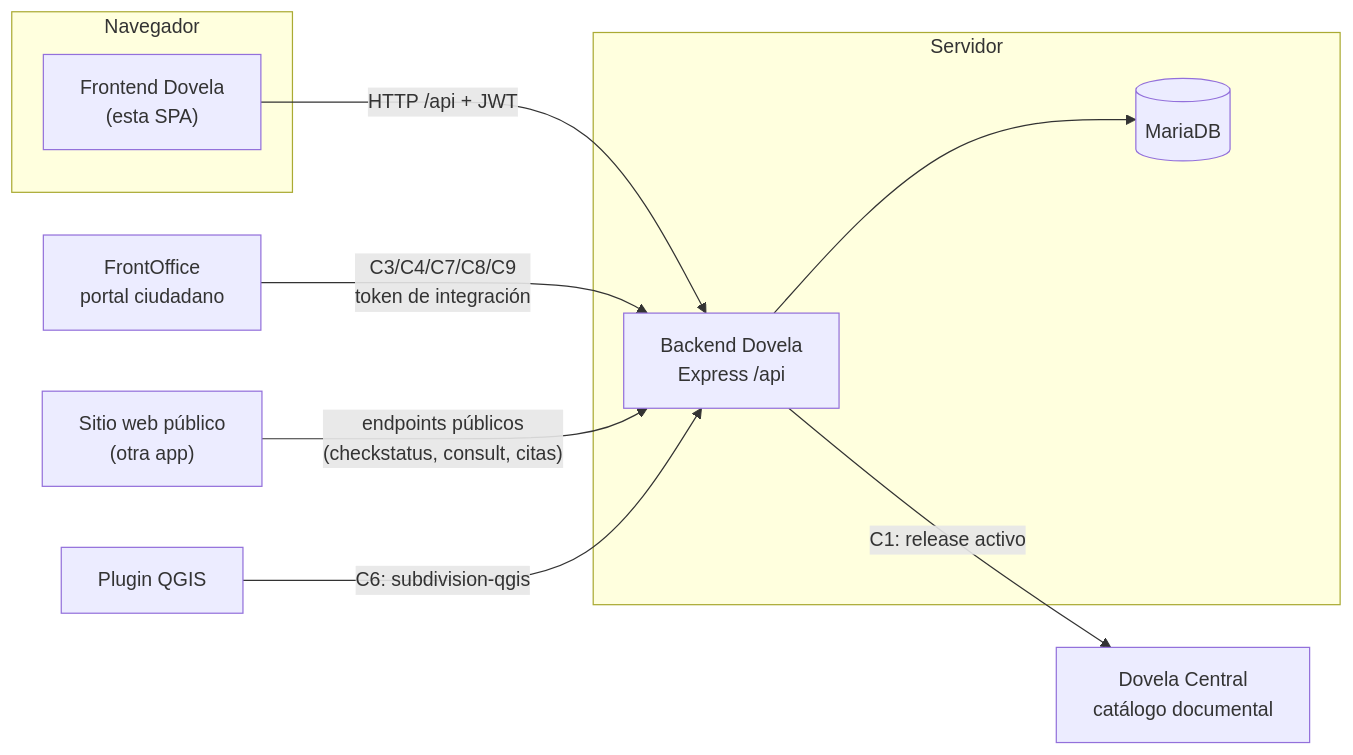
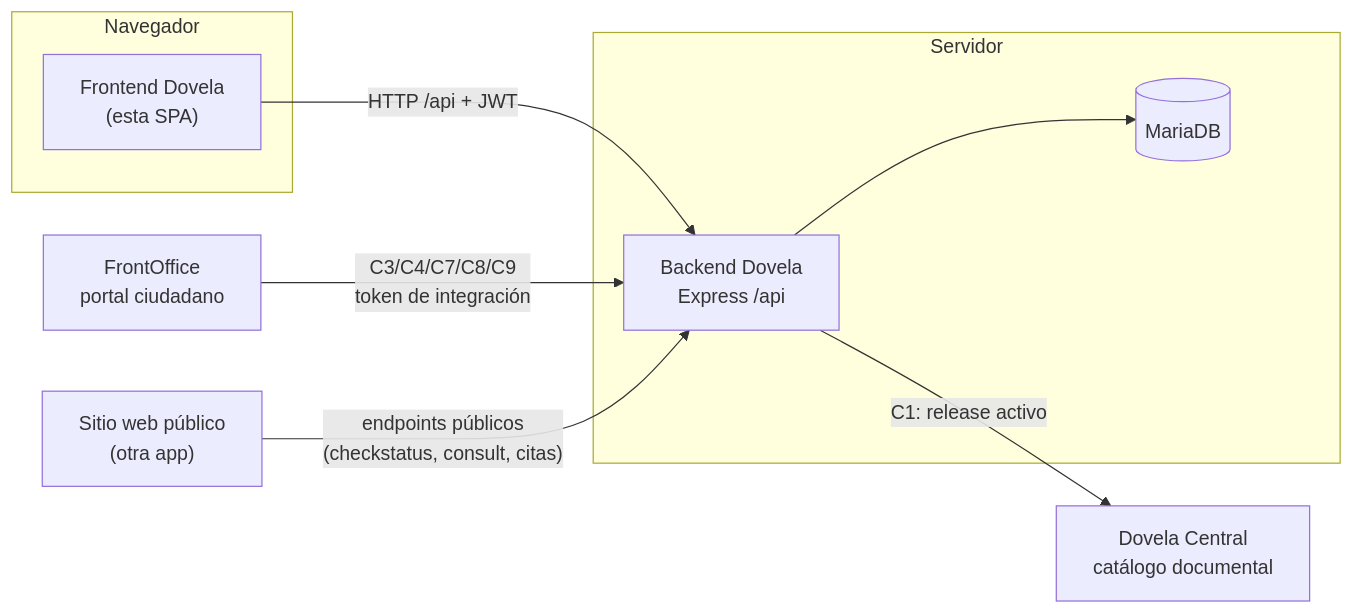
The first of 5 diagrams in ARCHITECTURE.md (neoygdrassyl/bedrock_client), drawn with Mermaid before and after one commit. The commit also changed other lines of this file and 6 other files, not shown here.

First line of the commit message:
feat(expediente)!: remove the QGIS import panel from the subdivision report

````diff
--- a/ARCHITECTURE.md
+++ b/ARCHITECTURE.md
@@ -14,21 +14,19 @@
 ```mermaid
 flowchart LR
   subgraph Navegador
     SPA["Frontend Dovela<br/>(esta SPA)"]
   end
   subgraph Servidor
     API["Backend Dovela<br/>Express /api"]
     DB[("MariaDB")]
   end
   FO["FrontOffice<br/>portal ciudadano"]
   CEN["Dovela Central<br/>catálogo documental"]
   WEB["Sitio web público<br/>(otra app)"]
-  QGIS["Plugin QGIS"]
 
   SPA -->|"HTTP /api + JWT"| API
   API --> DB
   API -->|"C1: release activo"| CEN
   FO -->|"C3/C4/C7/C8/C9<br/>token de integración"| API
   WEB -->|"endpoints públicos<br/>(checkstatus, consult, citas)"| API
-  QGIS -->|"C6: subdivision-qgis"| API
 ```
````
